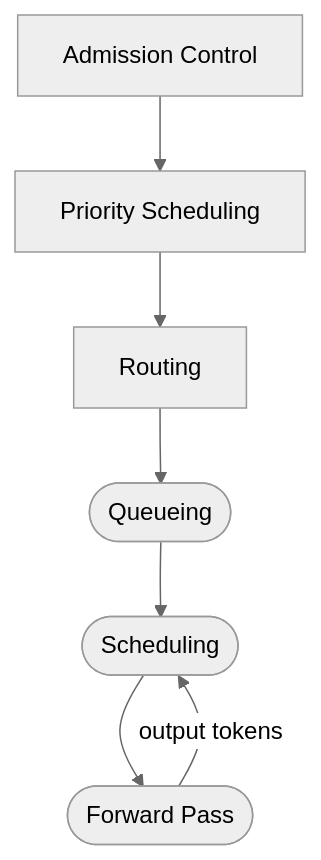
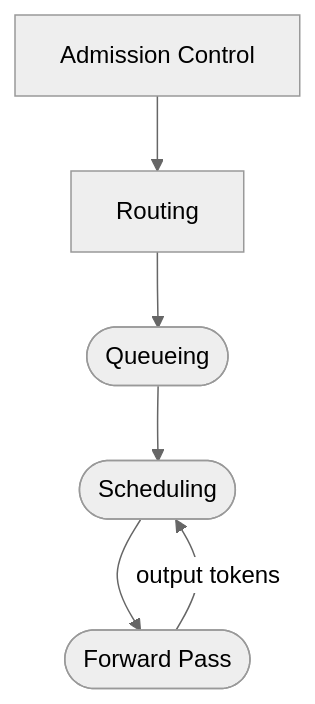
One commit to inference-sim/inference-sim changed the diagram in docs/blog/posts/why-simulate-before-you-scale.md. Above: the diagram before and after it, drawn with Mermaid (neutral theme). The commit also changed other lines of this file and 2 other files, not shown here.

````diff
--- a/docs/blog/posts/why-simulate-before-you-scale.md
+++ b/docs/blog/posts/why-simulate-before-you-scale.md
@@ -46,12 +47,11 @@
 ```mermaid
 flowchart TD
     AC["Admission Control"]
-    PS["Priority Scheduling"]
     RT["Routing"]
     Q(["Queueing"])
     S(["Scheduling"])
     FP(["Forward Pass"])
 
-    AC --> PS --> RT --> Q --> S --> FP
+    AC --> RT --> Q --> S --> FP
     FP -->|"output tokens"| S
 ```
````
